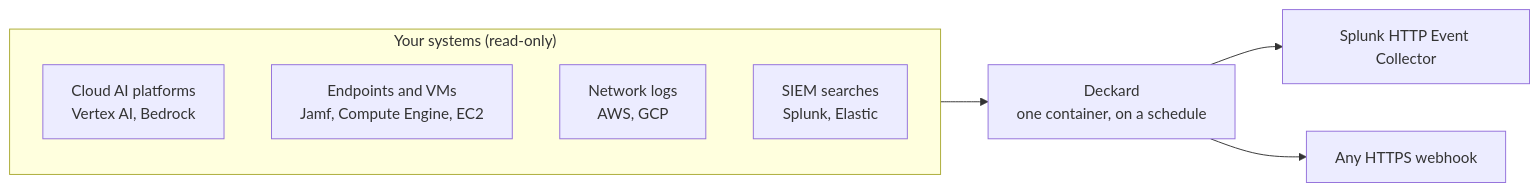
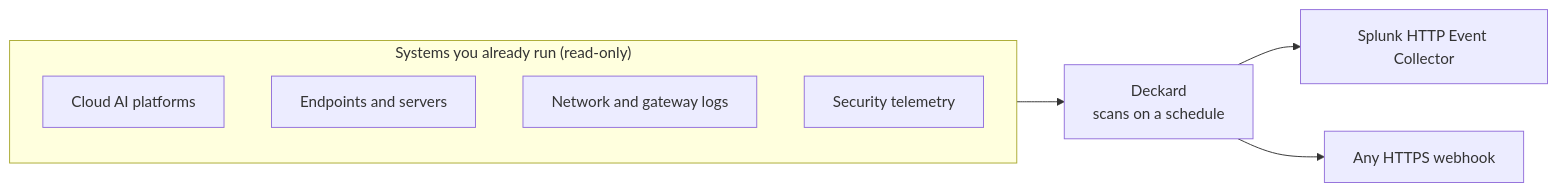
The diagram in README.md (arthur-ai/arthur-deckard), drawn with Mermaid before and after one commit. The commit also changed other lines of this file, not shown here.

First line of the commit message:
README: lead with the value prop and discovery classes

````diff
--- a/README.md
+++ b/README.md
@@ -11,13 +49,13 @@
 ```mermaid
 flowchart LR
-  subgraph Sources["Your systems (read-only)"]
+  subgraph Classes["Systems you already run (read-only)"]
     direction TB
-    C["Cloud AI platforms<br/>Vertex AI, Bedrock"]
-    E["Endpoints and VMs<br/>Jamf, Compute Engine, EC2"]
-    N["Network logs<br/>AWS, GCP"]
-    S["SIEM searches<br/>Splunk, Elastic"]
+    C["Cloud AI platforms"]
+    E["Endpoints and servers"]
+    N["Network and gateway logs"]
+    S["Security telemetry"]
   end
-  Sources --> D["Deckard<br/>one container, on a schedule"]
+  Classes --> D["Deckard<br/>scans on a schedule"]
   D --> H["Splunk HTTP Event Collector"]
   D --> W["Any HTTPS webhook"]
 ```
````
